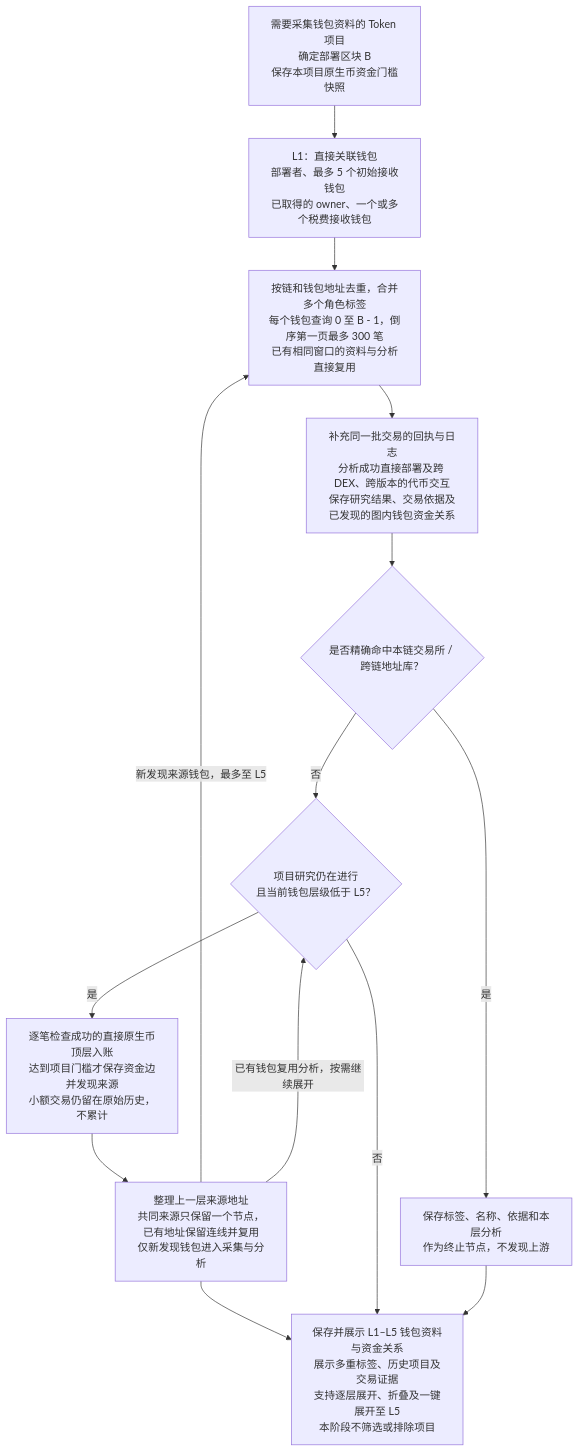
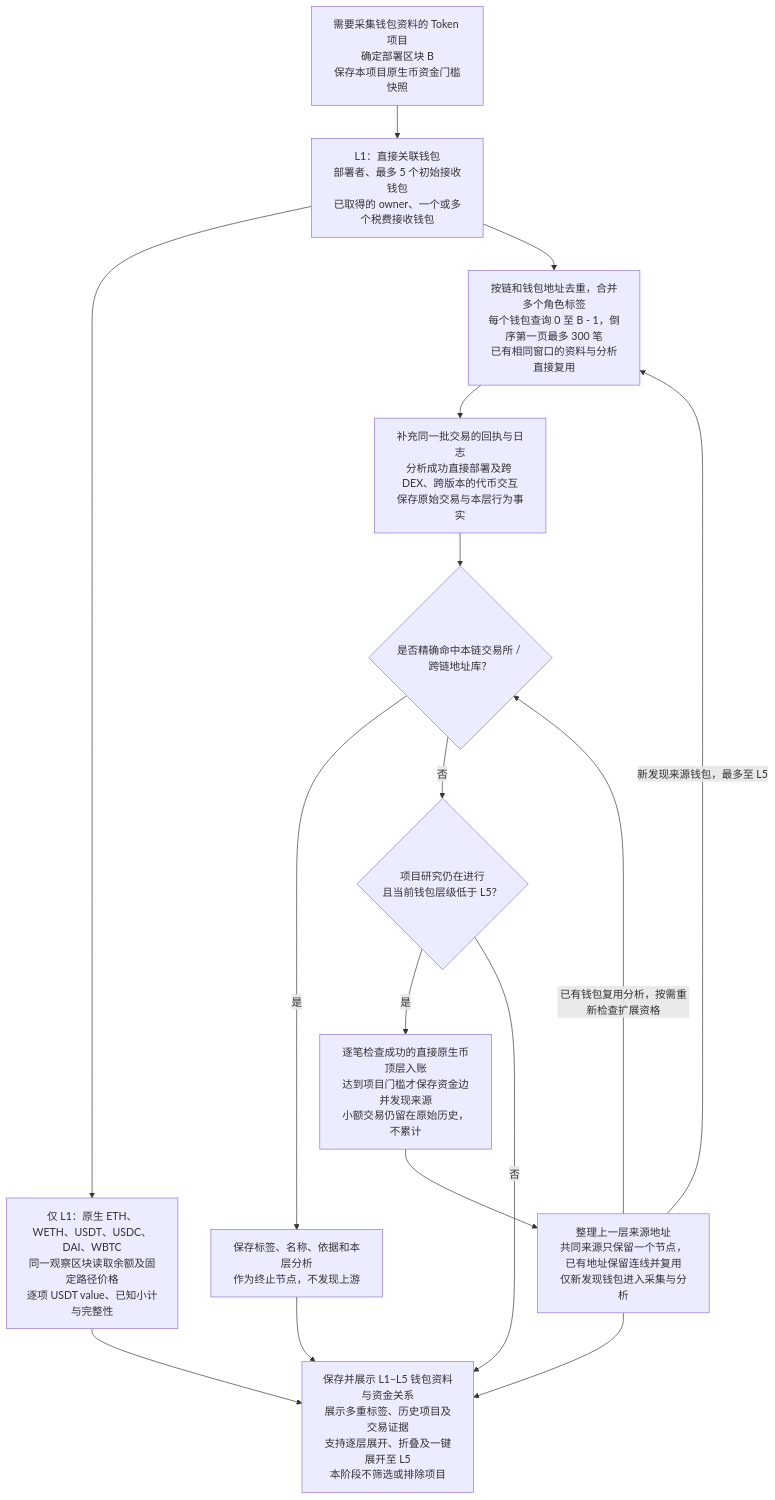
One commit to useryege/athena-o changed the diagram in docs/requirements/token/token-wallet-research-flow.md. Above: the diagram before and after it, drawn with Mermaid. The commit also changed other lines of this file and 12 other files, not shown here.

````diff
--- a/docs/requirements/token/token-wallet-research-flow.md
+++ b/docs/requirements/token/token-wallet-research-flow.md
@@ -31,16 +31,18 @@
 ```mermaid
 flowchart TD
     A["需要采集钱包资料的 Token 项目<br/>确定部署区块 B<br/>保存本项目原生币资金门槛快照"] --> B["L1：直接关联钱包<br/>部署者、最多 5 个初始接收钱包<br/>已取得的 owner、一个或多个税费接收钱包"]
+    B --> ASSETS["仅 L1：原生 ETH、WETH、USDT、USDC、DAI、WBTC<br/>同一观察区块读取余额及固定路径价格<br/>逐项 USDT value、已知小计与完整性"]
     B --> C["按链和钱包地址去重，合并多个角色标签<br/>每个钱包查询 0 至 B - 1，倒序第一页最多 300 笔<br/>已有相同窗口的资料与分析直接复用"]
-    C --> D["补充同一批交易的回执与日志<br/>分析成功直接部署及跨 DEX、跨版本的代币交互<br/>保存研究结果、交易依据及已发现的图内钱包资金关系"]
+    C --> D["补充同一批交易的回执与日志<br/>分析成功直接部署及跨 DEX、跨版本的代币交互<br/>保存原始交易与本层行为事实"]
     D --> T{"是否精确命中本链交易所 / 跨链地址库？"}
     T -->|是| TERMINAL["保存标签、名称、依据和本层分析<br/>作为终止节点，不发现上游"]
     T -->|否| E{"项目研究仍在进行<br/>且当前钱包层级低于 L5？"}
     E -->|是| F["逐笔检查成功的直接原生币顶层入账<br/>达到项目门槛才保存资金边并发现来源<br/>小额交易仍留在原始历史，不累计"]
     F --> G["整理上一层来源地址<br/>共同来源只保留一个节点，已有地址保留连线并复用<br/>仅新发现钱包进入采集与分析"]
     G -->|新发现来源钱包，最多至 L5| C
-    G -->|已有钱包复用分析，按需继续展开| E
+    G -->|已有钱包复用分析，按需重新检查扩展资格| T
     G --> H["保存并展示 L1–L5 钱包资料与资金关系<br/>展示多重标签、历史项目及交易证据<br/>支持逐层展开、折叠及一键展开至 L5<br/>本阶段不筛选或排除项目"]
     E -->|否| H
     TERMINAL --> H
+    ASSETS --> H
 ```
````
